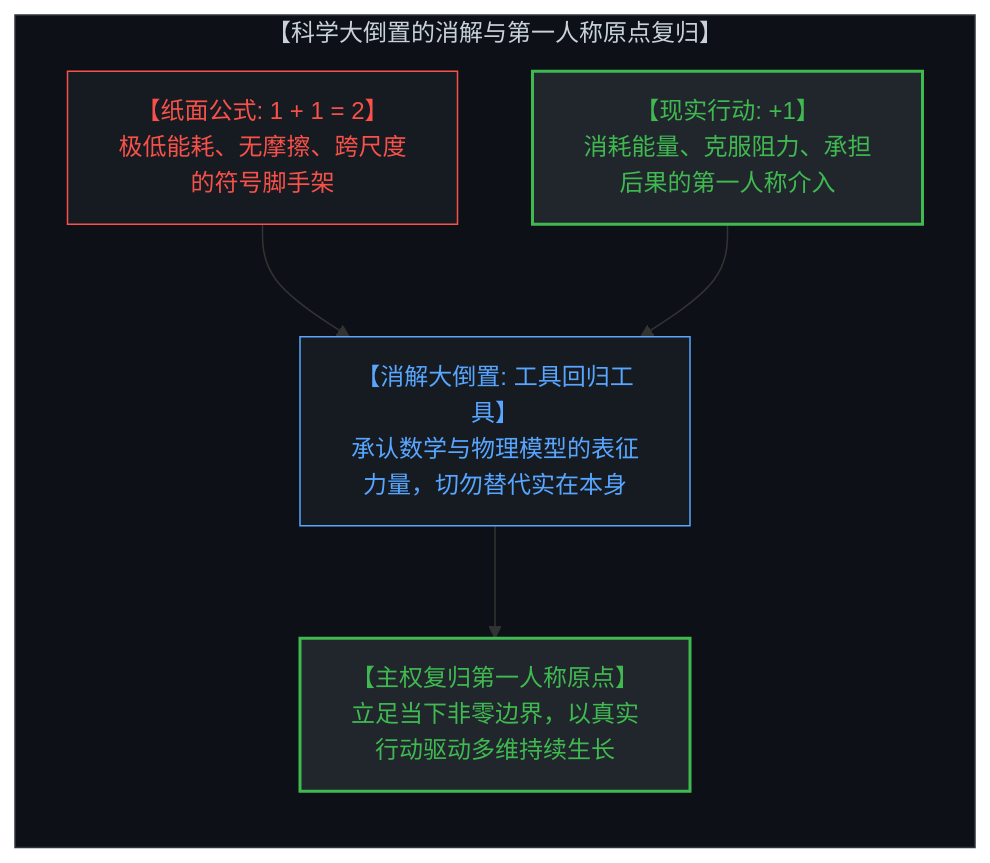
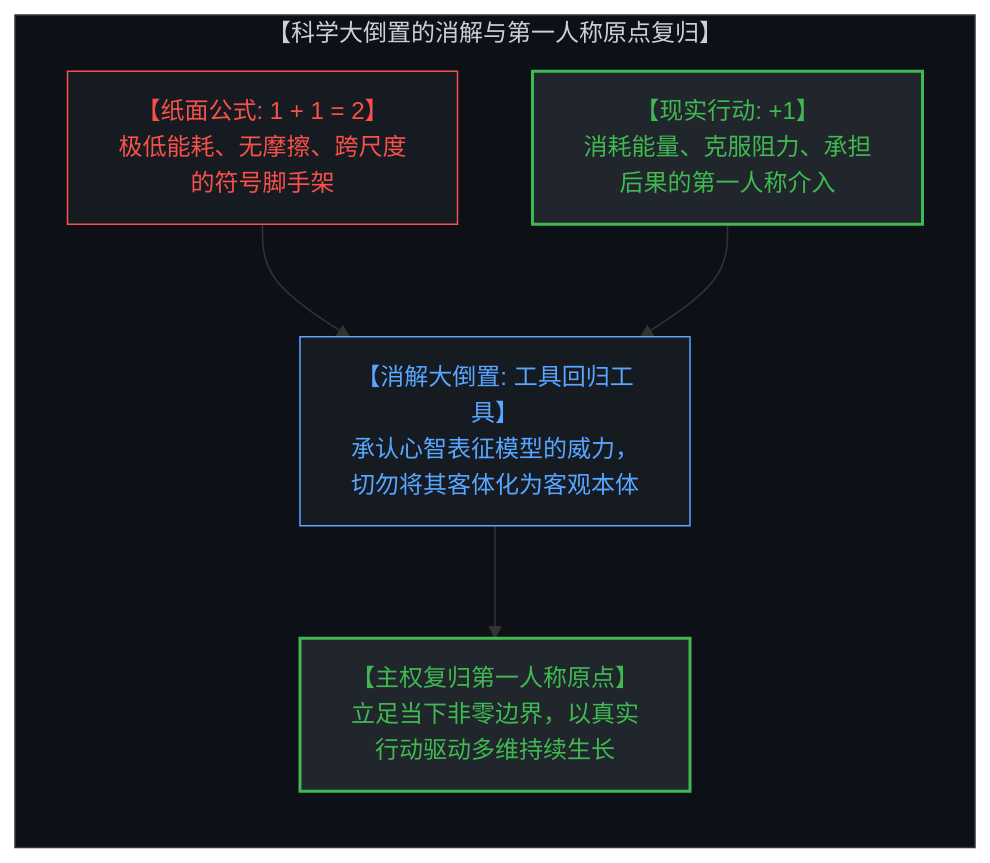
The sixth of 6 diagrams in content/posts/the-illusion-of-the-tool-and-the-inversion-of-time.md (powerpig99/not-a-toe), drawn with Mermaid before and after one commit. The commit also changed other lines of this file and 3 other files, not shown here.

````diff
--- a/content/posts/the-illusion-of-the-tool-and-the-inversion-of-time.md
+++ b/content/posts/the-illusion-of-the-tool-and-the-inversion-of-time.md
@@ -288,18 +290,18 @@
 ```mermaid
 graph TD
     subgraph TheGreatReversalResolution["【科学大倒置的消解与第一人称原点复归】"]
         direction TB
         PaperTautology["【纸面公式: 1 + 1 = 2】<br>极低能耗、无摩擦、跨尺度的符号脚手架"]
         LivingIntervention["【现实行动: +1】<br>消耗能量、克服阻力、承担后果的第一人称介入"]
-        ReversalDissolved["【消解大倒置: 工具回归工具】<br>承认数学与物理模型的表征力量，切勿替代实在本身"]
+        ReversalDissolved["【消解大倒置: 工具回归工具】<br>承认心智表征模型的威力，切勿将其客体化为客观本体"]
         SovereigntyReclaimed["【主权复归第一人称原点】<br>立足当下非零边界，以真实行动驱动多维持续生长"]
         PaperTautology --> ReversalDissolved
         LivingIntervention --> ReversalDissolved
         ReversalDissolved --> SovereigntyReclaimed
     end
     style TheGreatReversalResolution fill:#0d1117,stroke:#30363d,stroke-width:1px,color:#c9d1d9
     style PaperTautology fill:#161b22,stroke:#f85149,stroke-width:1px,color:#f85149
     style LivingIntervention fill:#21262d,stroke:#3fb950,stroke-width:2px,color:#3fb950
     style ReversalDissolved fill:#161b22,stroke:#58a6ff,stroke-width:1px,color:#58a6ff
     style SovereigntyReclaimed fill:#21262d,stroke:#3fb950,stroke-width:2px,color:#3fb950
 ```
````
